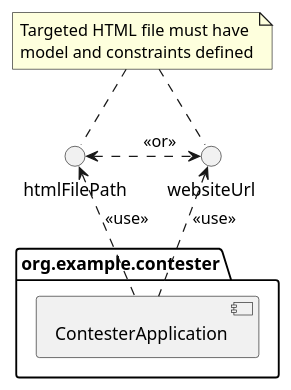
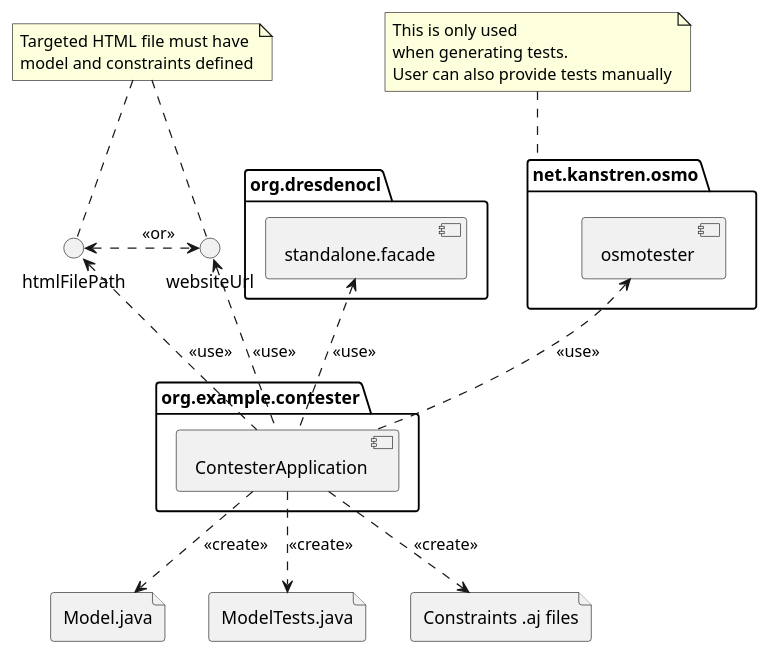
One commit to kwojcikowski/contester changed the diagram in uml/contester-component-diagram.puml. Above: the diagram before and after it, drawn with PlantUML.

Commit message:
revert accidental comment out of component diagram

```diff
--- a/uml/contester-component-diagram.puml
+++ b/uml/contester-component-diagram.puml
@@ -1,44 +1,44 @@
 @startuml contester-component-diagram
 package org.example.contester {
     [ContesterApplication]
 }
 
-' package org.dresdenocl {
-'     [standalone.facade]
-' }
+package org.dresdenocl {
+    [standalone.facade]
+}
 
-' package net.kanstren.osmo {
-'     [osmotester]
-' }
+package net.kanstren.osmo {
+    [osmotester]
+}
 
-' note top of net.kanstren.osmo
-' This is only used
-' when generating tests.
-' User can also provide tests manually
-' end note
+note top of net.kanstren.osmo
+This is only used
+when generating tests.
+User can also provide tests manually
+end note
 
 note as htmlNote
 Targeted HTML file must have
 model and constraints defined
 end note
 
-' file Model.java {
-' }
-' file ModelTests.java {
-' }
-' file "Constraints .aj files" as aj {
-' }
+file Model.java {
+}
+file ModelTests.java {
+}
+file "Constraints .aj files" as aj {
+}
 
 htmlNote .. htmlFilePath
 htmlNote .. websiteUrl
 websiteUrl <.. [ContesterApplication]: <<use>>
 htmlFilePath <.. [ContesterApplication]: <<use>>
 htmlFilePath <.> websiteUrl: \t<<or>>\t
-' [standalone.facade] <.. [ContesterApplication]: <<use>>
-' [osmotester] <.. [ContesterApplication]: <<use>>
+[standalone.facade] <.. [ContesterApplication]: <<use>>
+[osmotester] <.. [ContesterApplication]: <<use>>
 
 
-' [ContesterApplication] ..> Model.java: <<create>>
-' [ContesterApplication] ..> ModelTests.java: <<create>>
-' [ContesterApplication] ..> aj: <<create>>
+[ContesterApplication] ..> Model.java: <<create>>
+[ContesterApplication] ..> ModelTests.java: <<create>>
+[ContesterApplication] ..> aj: <<create>>
 @enduml
```
